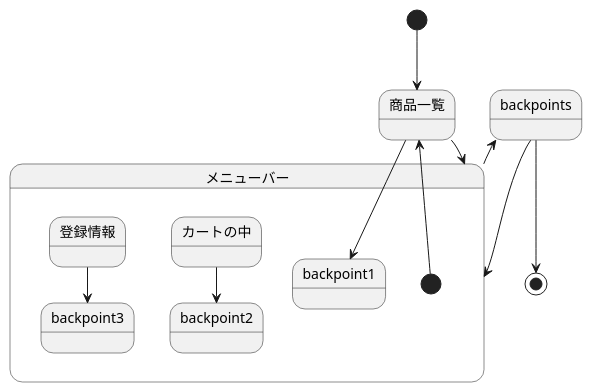
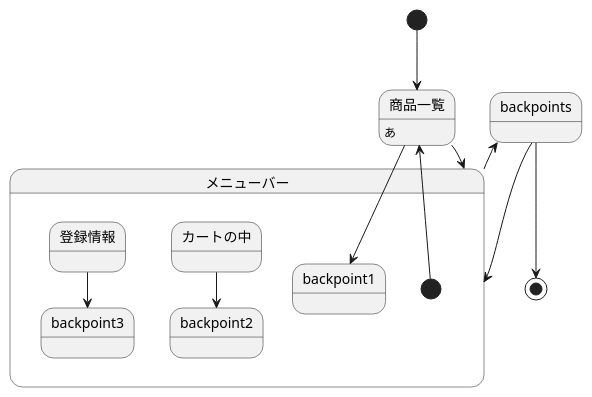
One commit to Aso2001385/2021sys-design changed the diagram in sample/StateMachine.md. Above: the diagram before and after it, drawn with PlantUML.

````diff
--- a/sample/StateMachine.md
+++ b/sample/StateMachine.md
@@ -1,19 +1,20 @@
 ```uml
 @startuml
 
 [*] --> 商品一覧
+商品一覧: あ
 商品一覧 --> メニューバー
 state メニューバー {
  [*] --> 商品一覧
  商品一覧 --> backpoint1
  ||
  カートの中 --> backpoint2
  ||
  登録情報 --> backpoint3
 }
 メニューバー --> backpoints
 backpoints --> メニューバー
 backpoints --> [*]
 
 @enduml
 ```
````
